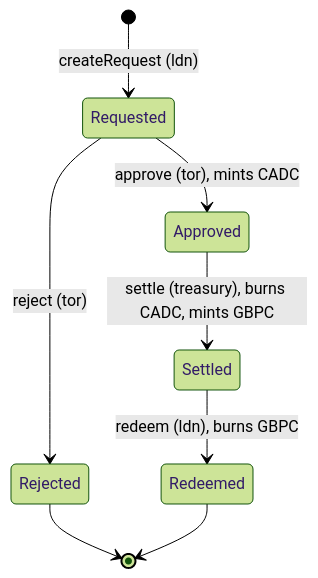
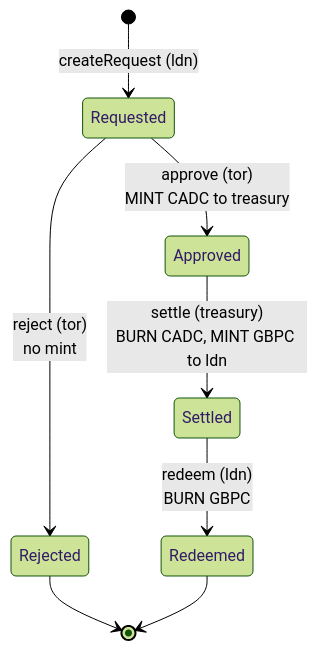
Before and after one commit to hohowin/besu-with-firefly: the second of 2 diagrams in docs/treasury-use-case/use-case.md, drawn with Mermaid (forest theme). The commit also changed other lines of this file, not shown here.

Commit message:
docs: treasury use case states when each currency is minted and burnt

````diff
--- a/docs/treasury-use-case/use-case.md
+++ b/docs/treasury-use-case/use-case.md
@@ -86,10 +113,10 @@
 ```mermaid
 stateDiagram-v2
     [*] --> Requested: createRequest (ldn)
-    Requested --> Approved: approve (tor), mints CADC
-    Requested --> Rejected: reject (tor)
-    Approved --> Settled: settle (treasury), burns CADC, mints GBPC
-    Settled --> Redeemed: redeem (ldn), burns GBPC
+    Requested --> Approved: approve (tor)<br/>MINT CADC to treasury
+    Requested --> Rejected: reject (tor)<br/>no mint
+    Approved --> Settled: settle (treasury)<br/>BURN CADC, MINT GBPC to ldn
+    Settled --> Redeemed: redeem (ldn)<br/>BURN GBPC
     Rejected --> [*]
     Redeemed --> [*]
 ```
````
